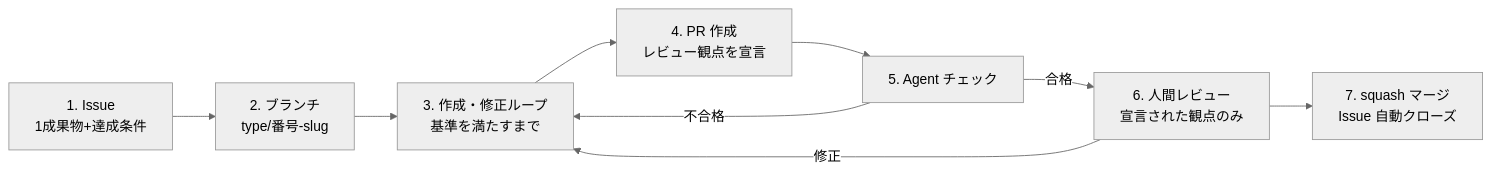
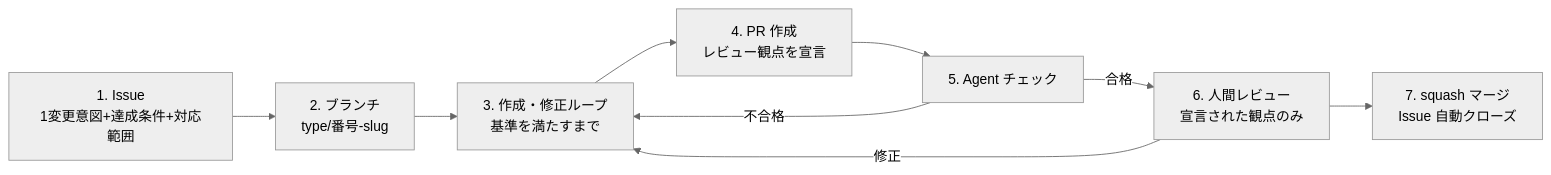
One commit to KazumaOchiaiDev/ai-docs-lab changed the diagram in conventions/authoring-process.md. Above: the diagram before and after it, drawn with Mermaid (neutral theme). The commit also changed other lines of this file and 3 other files, not shown here.

````diff
--- a/conventions/authoring-process.md
+++ b/conventions/authoring-process.md
@@ -9,11 +9,11 @@
 ```mermaid
 graph LR
-    I["1. Issue<br>1成果物+達成条件"] --> B["2. ブランチ<br>type/番号-slug"]
+    I["1. Issue<br>1変更意図+達成条件+対応範囲"] --> B["2. ブランチ<br>type/番号-slug"]
     B --> L["3. 作成・修正ループ<br>基準を満たすまで"]
     L --> P["4. PR 作成<br>レビュー観点を宣言"]
     P --> A["5. Agent チェック"]
     A -->|不合格| L
     A -->|合格| R["6. 人間レビュー<br>宣言された観点のみ"]
     R -->|修正| L
     R --> M["7. squash マージ<br>Issue 自動クローズ"]
 ```
````
